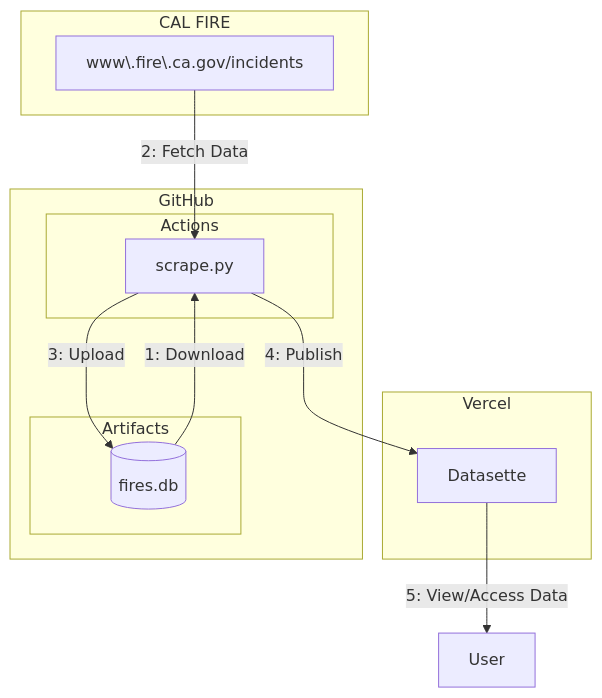
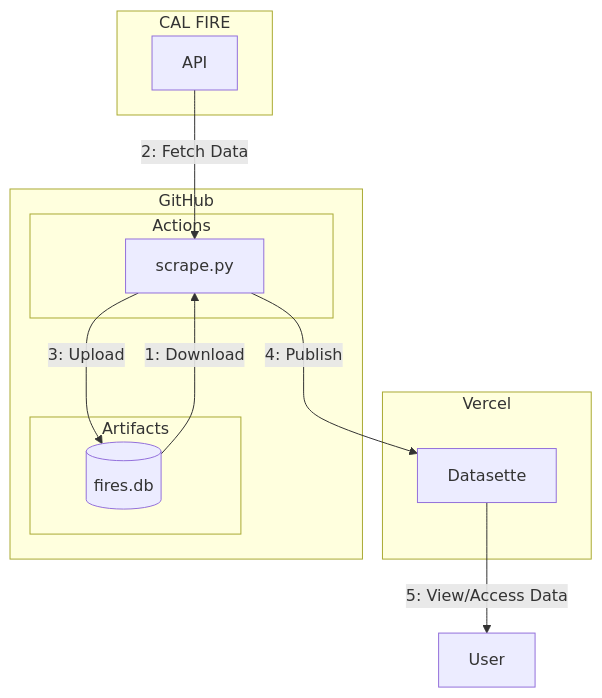
Before and after one commit to ngshiheng/cafireshistorydb: the diagram in README.md, drawn with Mermaid. The commit also changed 1 other file, not shown here.

Commit message:
ci: only run on ci or *.py file changes

````diff
--- a/README.md
+++ b/README.md
@@ -11,27 +11,27 @@
 ```mermaid
 graph TB
 	subgraph Vercel
         deployment[Datasette]
         class deployment vercel;
     end
 
     subgraph GitHub
         subgraph Actions
             scraper[scrape.py]
         end
         subgraph Artifacts
             db[(fires.db)]
             class db artifacts;
         end
     end
 
     subgraph CAL FIRE
-        api[www\.fire\.ca.gov/incidents]
+        api[API]
     end
 
     db --> |1: Download| scraper
     api --> |2: Fetch Data| scraper
     scraper --> |3: Upload| db
     scraper --> |4: Publish| deployment
     deployment --> |5: View/Access Data| client[User]
 ```
````
